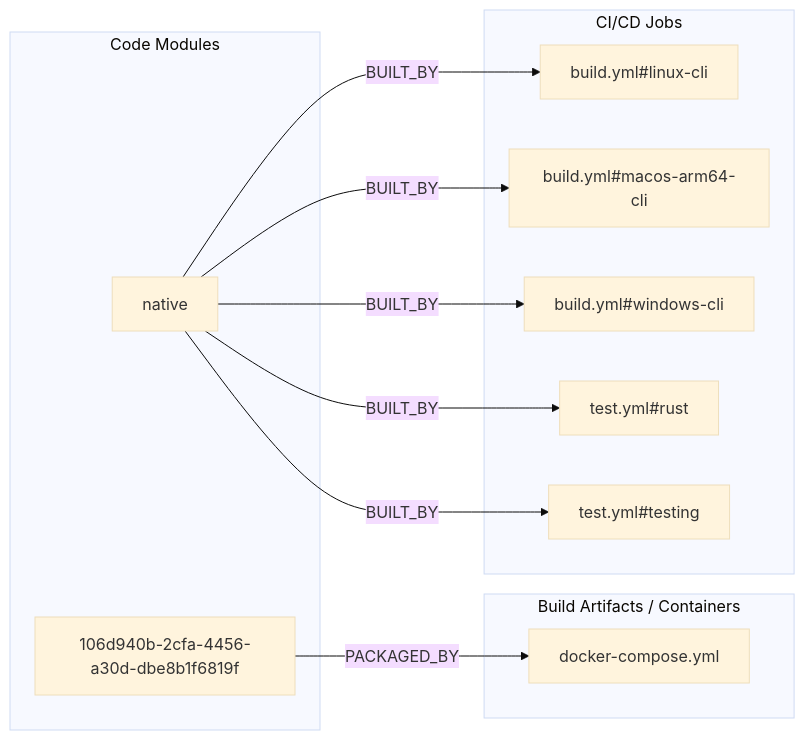
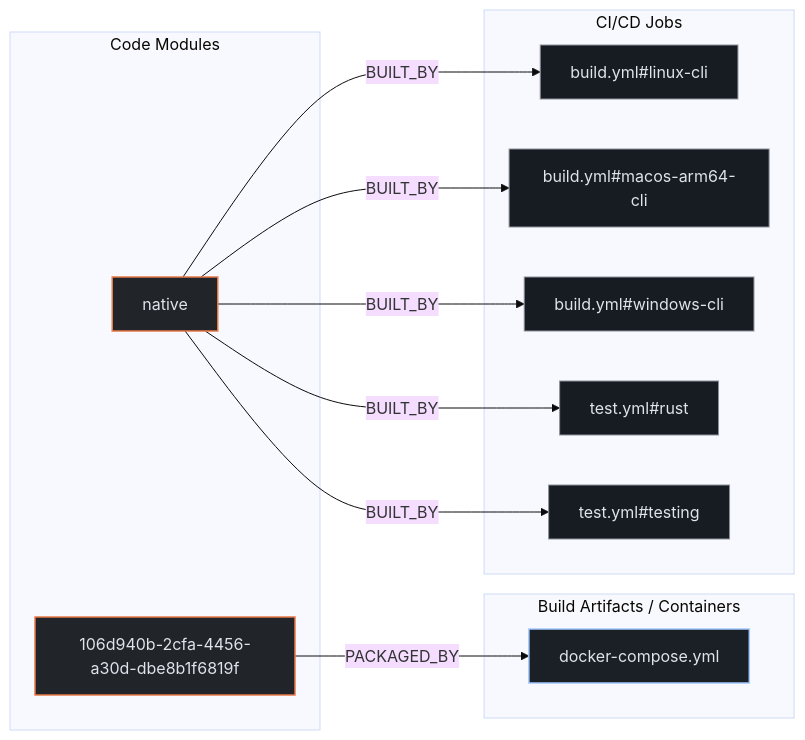
Before and after one commit to kumarshaz/atruss-code-atlas: the second of 3 diagrams in exports/latest/reports/bitwarden-directory-connector-report.md, drawn with Mermaid (base theme). The commit also changed other lines of this file and 331 other files, not shown here.

Commit message:
docs,ui,fix: update SDLC docs, reorder CI/CD DAG first, stylize Mermaid, and fix Arc42 pipeline topology

````diff
--- a/exports/latest/reports/bitwarden-directory-connector-report.md
+++ b/exports/latest/reports/bitwarden-directory-connector-report.md
@@ -249,23 +256,27 @@
 ```mermaid
 flowchart LR
+    classDef atlasCategory fill:#212428,stroke:#E87A48,stroke-width:1.5px,color:#dfe3eb
+    classDef atlasWorkflow fill:#1b2026,stroke:#a3c9ff,stroke-width:1.5px,color:#dfe3eb
+    classDef atlasJob fill:#171c22,stroke:#8d9199,stroke-width:1px,color:#dfe3eb
+    classDef atlasTarget fill:#005227,stroke:#8bd99b,stroke-width:1.5px,color:#a7f6b6
     subgraph code_modules["Code Modules"]
-        mod_106d940b_2cfa_4456_a30d_dbe8b1f6819f["106d940b-2cfa-4456-a30d-dbe8b1f6819f"]
-        mod_native["native"]
+        mod_106d940b_2cfa_4456_a30d_dbe8b1f6819f["106d940b-2cfa-4456-a30d-dbe8b1f6819f"]:::atlasCategory
+        mod_native["native"]:::atlasCategory
     end
     subgraph build_artifacts["Build Artifacts / Containers"]
-        art_docker_compose_yml["docker-compose.yml"]
+        art_docker_compose_yml["docker-compose.yml"]:::atlasWorkflow
     end
     subgraph ci_jobs["CI/CD Jobs"]
-        job_build_yml_linux_cli["build.yml#linux-cli"]
-        job_build_yml_macos_arm64_cli["build.yml#macos-arm64-cli"]
-        job_build_yml_windows_cli["build.yml#windows-cli"]
-        job_test_yml_rust["test.yml#rust"]
-        job_test_yml_testing["test.yml#testing"]
+        job_build_yml_linux_cli["build.yml#linux-cli"]:::atlasJob
+        job_build_yml_macos_arm64_cli["build.yml#macos-arm64-cli"]:::atlasJob
+        job_build_yml_windows_cli["build.yml#windows-cli"]:::atlasJob
+        job_test_yml_rust["test.yml#rust"]:::atlasJob
+        job_test_yml_testing["test.yml#testing"]:::atlasJob
     end
     mod_106d940b_2cfa_4456_a30d_dbe8b1f6819f -->|PACKAGED_BY| art_docker_compose_yml
     mod_native -->|BUILT_BY| job_build_yml_linux_cli
     mod_native -->|BUILT_BY| job_build_yml_macos_arm64_cli
     mod_native -->|BUILT_BY| job_build_yml_windows_cli
     mod_native -->|BUILT_BY| job_test_yml_rust
     mod_native -->|BUILT_BY| job_test_yml_testing
 ```
````
